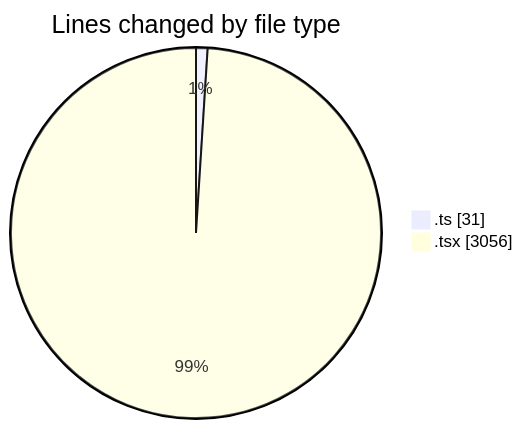
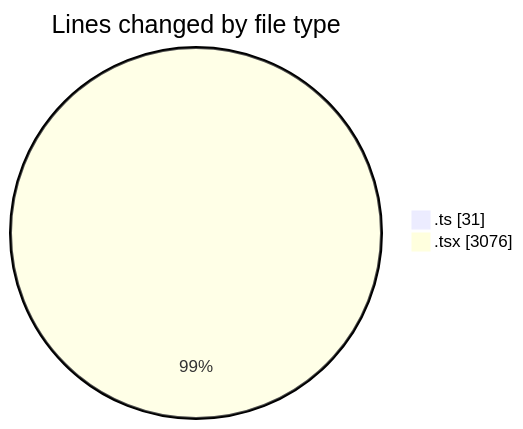
Before and after one commit to nxtqubesakshisongat/code-tracking: the first of 2 diagrams in 2026-04-24/nxtqube_webapp/README.md, drawn with Mermaid. The commit also changed other lines of this file and 1 other file, not shown here.

````diff
--- a/2026-04-24/nxtqube_webapp/README.md
+++ b/2026-04-24/nxtqube_webapp/README.md
@@ -24,6 +24,6 @@
 ```mermaid
 pie showData
 title Lines changed by file type
 ".ts" : 31
-".tsx" : 3056
+".tsx" : 3076
 ```
````
